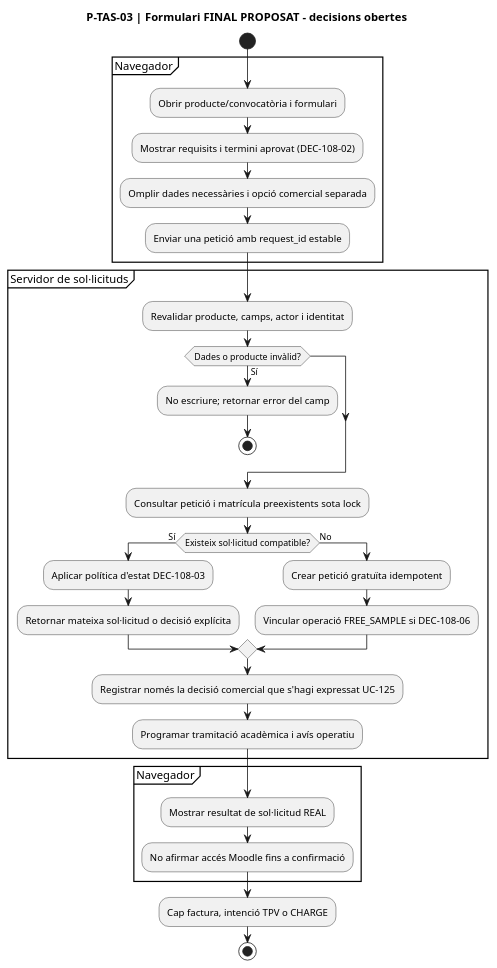
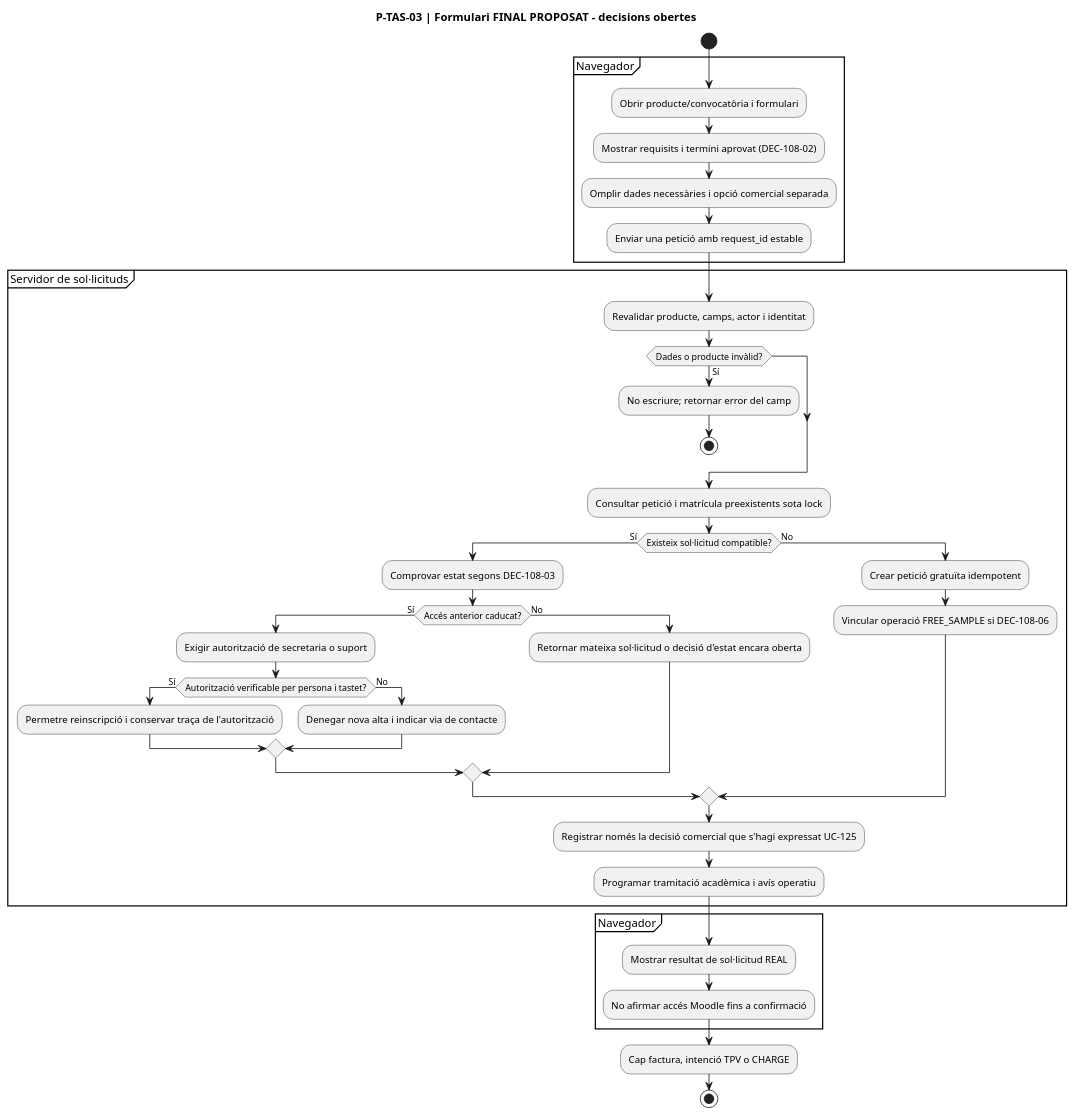
One commit to orgmeriemprismacat-del/verifactu changed diagram 16 of 32 in documentacio/07-uml-integrat/uc-108-activitats-pagines-tastets-actual-final.md. Above: the diagram before and after it, drawn with PlantUML. The commit also changed other lines of this file, not shown here.

Commit message:
docs: agree UC-108 expired-access re-enrollment requires secretaria or support authorization

````diff
--- a/documentacio/07-uml-integrat/uc-108-activitats-pagines-tastets-actual-final.md
+++ b/documentacio/07-uml-integrat/uc-108-activitats-pagines-tastets-actual-final.md
@@ -367,35 +367,44 @@
 ```plantuml
 @startuml
 title P-TAS-03 | Formulari FINAL PROPOSAT - decisions obertes
 start
 partition "Navegador" {
   :Obrir producte/convocatòria i formulari;
   :Mostrar requisits i termini aprovat (DEC-108-02);
   :Omplir dades necessàries i opció comercial separada;
   :Enviar una petició amb request_id estable;
 }
 partition "Servidor de sol·licituds" {
   :Revalidar producte, camps, actor i identitat;
   if (Dades o producte invàlid?) then (Sí)
     :No escriure; retornar error del camp;
     stop
   endif
   :Consultar petició i matrícula preexistents sota lock;
   if (Existeix sol·licitud compatible?) then (Sí)
-    :Aplicar política d'estat DEC-108-03;
-    :Retornar mateixa sol·licitud o decisió explícita;
+    :Comprovar estat segons DEC-108-03;
+    if (Accés anterior caducat?) then (Sí)
+      :Exigir autorització de secretaria o suport;
+      if (Autorització verificable per persona i tastet?) then (Sí)
+        :Permetre reinscripció i conservar traça de l'autorització;
+      else (No)
+        :Denegar nova alta i indicar via de contacte;
+      endif
+    else (No)
+      :Retornar mateixa sol·licitud o decisió d'estat encara oberta;
+    endif
   else (No)
     :Crear petició gratuïta idempotent;
     :Vincular operació FREE_SAMPLE si DEC-108-06;
   endif
   :Registrar només la decisió comercial que s'hagi expressat UC-125;
   :Programar tramitació acadèmica i avís operatiu;
 }
 partition "Navegador" {
   :Mostrar resultat de sol·licitud REAL;
   :No afirmar accés Moodle fins a confirmació;
 }
 :Cap factura, intenció TPV o CHARGE;
 stop
 @enduml
 ```
````
